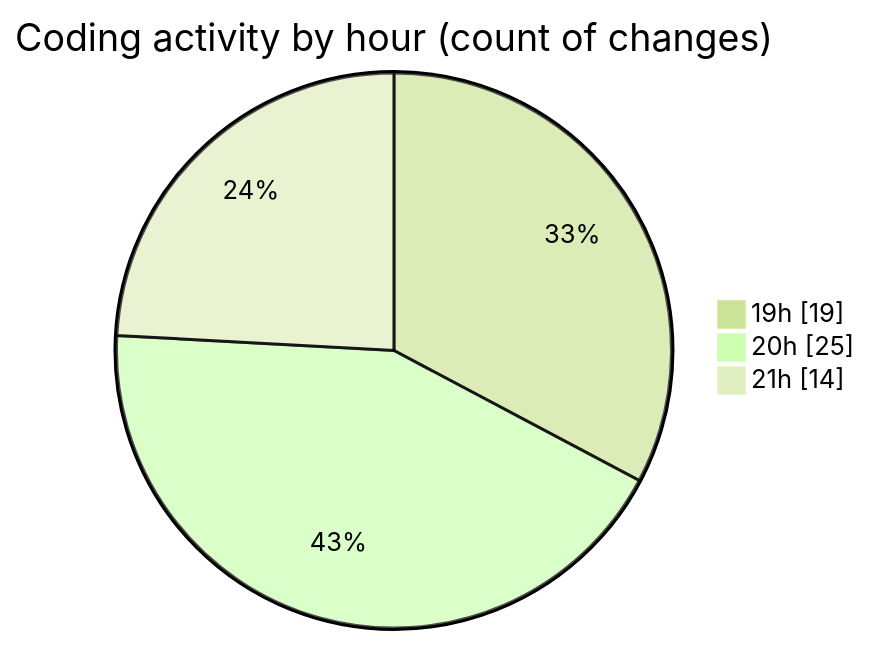
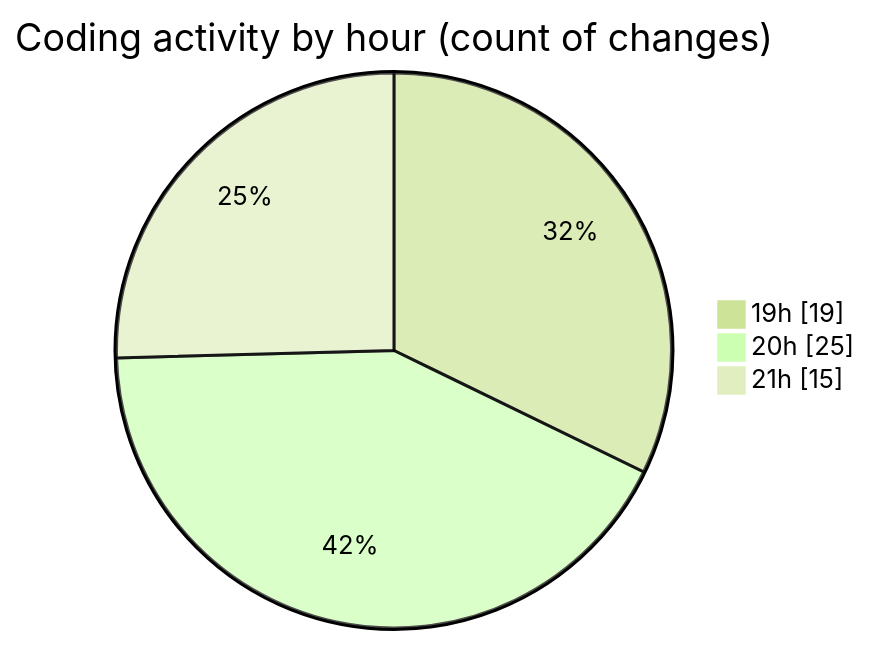
Before and after one commit to momahboobian/code-tracking: the second of 2 diagrams in 2025-05-12/news-clock-system-caspercg/README.md, drawn with Mermaid (forest theme). The commit also changed other lines of this file and 1 other file, not shown here.

````diff
--- a/2025-05-12/news-clock-system-caspercg/README.md
+++ b/2025-05-12/news-clock-system-caspercg/README.md
@@ -44,7 +44,7 @@
 ```mermaid
 pie showData
 title Coding activity by hour (count of changes)
 "19h" : 19
 "20h" : 25
-"21h" : 14
+"21h" : 15
 ```
````
